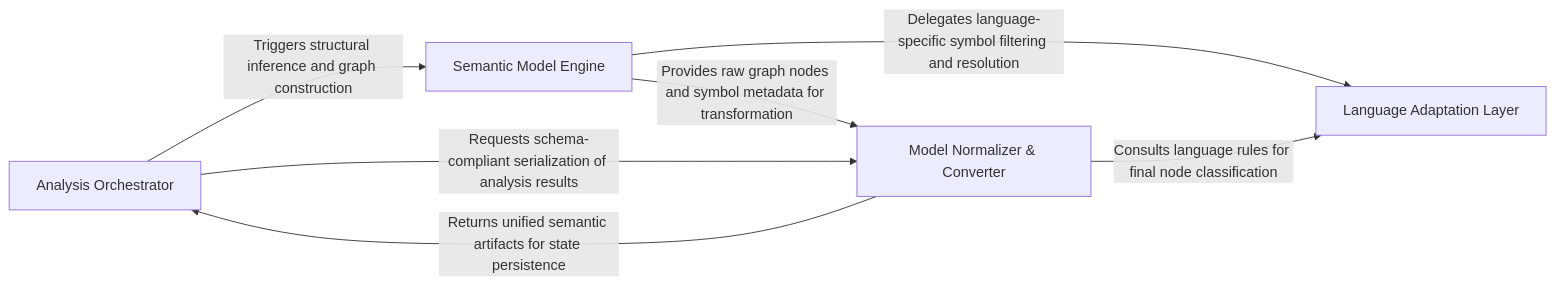
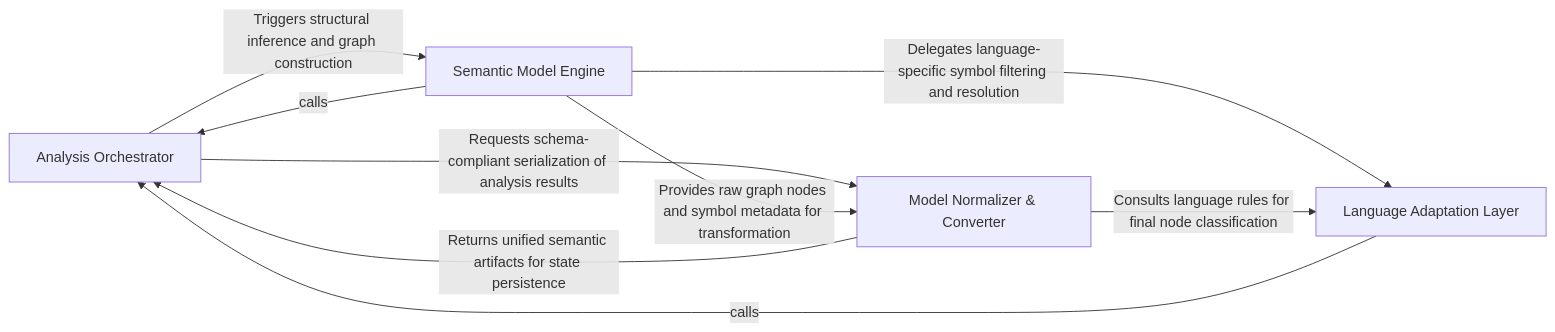
Before and after one commit to CodeBoarding/CodeBoarding: the diagram in .codeboarding/Semantic_Graph_Builder.md, drawn with Mermaid. The commit also changed other lines of this file and 37 other files, not shown here.

Commit message:
chore(codeboarding): sync architecture baseline

````diff
--- a/.codeboarding/Semantic_Graph_Builder.md
+++ b/.codeboarding/Semantic_Graph_Builder.md
@@ -1,13 +1,15 @@
 ```mermaid
 graph LR
     Analysis_Orchestrator["Analysis Orchestrator"]
     Semantic_Model_Engine["Semantic Model Engine"]
     Language_Adaptation_Layer["Language Adaptation Layer"]
     Model_Normalizer_Converter["Model Normalizer & Converter"]
     Analysis_Orchestrator -- "Triggers structural inference and graph construction" --> Semantic_Model_Engine
     Analysis_Orchestrator -- "Requests schema-compliant serialization of analysis results" --> Model_Normalizer_Converter
+    Semantic_Model_Engine -- "calls" --> Analysis_Orchestrator
     Semantic_Model_Engine -- "Delegates language-specific symbol filtering and resolution" --> Language_Adaptation_Layer
     Semantic_Model_Engine -- "Provides raw graph nodes and symbol metadata for transformation" --> Model_Normalizer_Converter
+    Language_Adaptation_Layer -- "calls" --> Analysis_Orchestrator
     Model_Normalizer_Converter -- "Returns unified semantic artifacts for state persistence" --> Analysis_Orchestrator
     Model_Normalizer_Converter -- "Consults language rules for final node classification" --> Language_Adaptation_Layer
 ```
````
